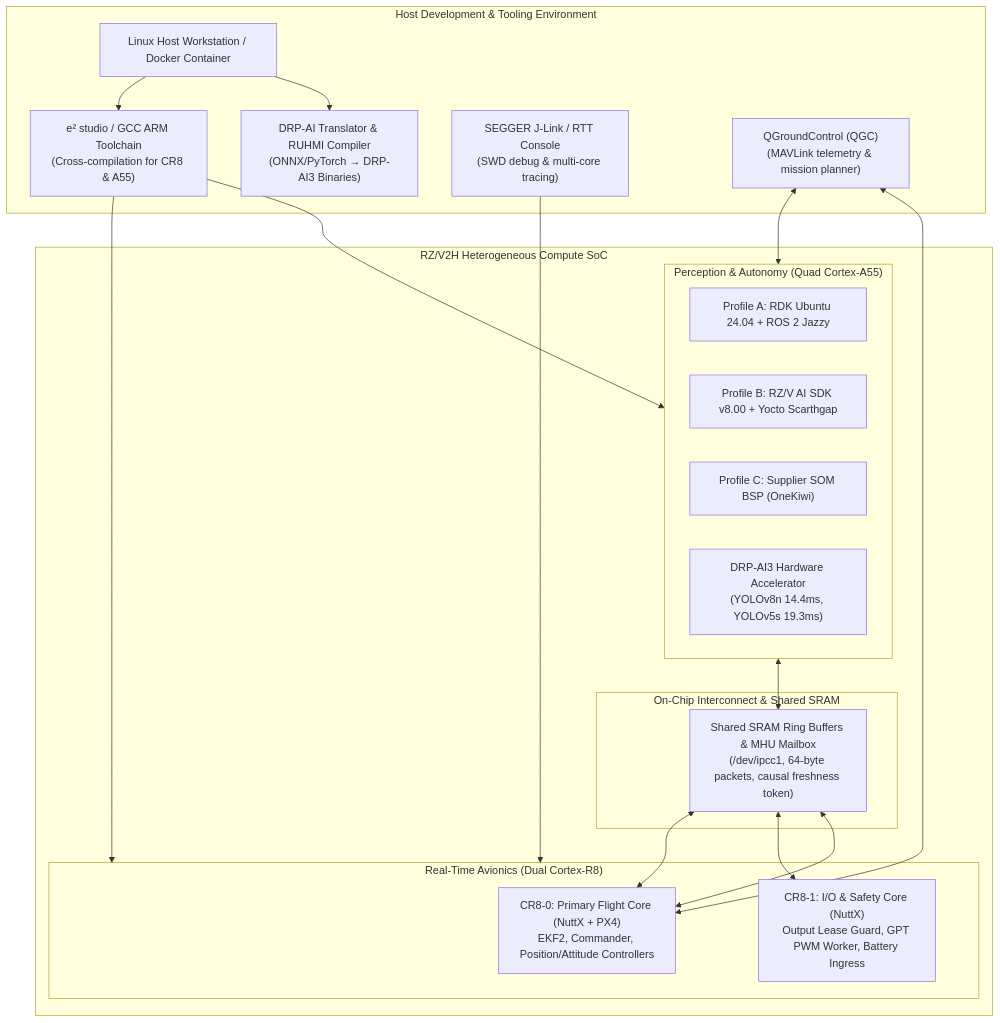
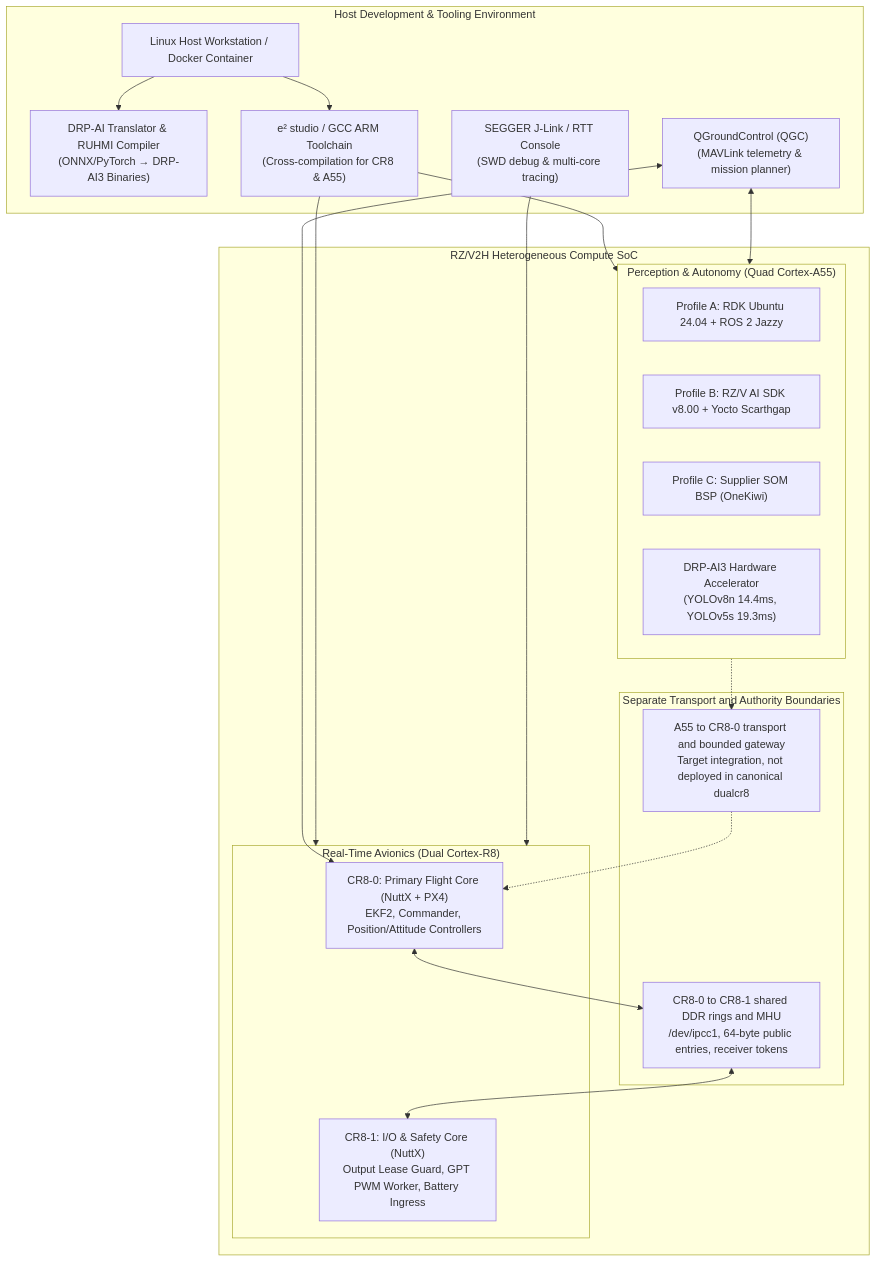
One commit to nguyentri/PX4-Autopilot changed the first of 3 diagrams in docs/renesas/marketing/rzv2h-development-ecosystem.md. Above: the diagram before and after it, drawn with Mermaid. The commit also changed other lines of this file and 14 other files, not shown here.

````diff
--- a/docs/renesas/marketing/rzv2h-development-ecosystem.md
+++ b/docs/renesas/marketing/rzv2h-development-ecosystem.md
@@ -56,41 +56,42 @@
 ```mermaid
 flowchart TD
     subgraph Host["Host Development & Tooling Environment"]
         DevPC["Linux Host Workstation / Docker Container"]
         DRPTool["DRP-AI Translator & RUHMI Compiler<br/>(ONNX/PyTorch → DRP-AI3 Binaries)"]
         IDE["e² studio / GCC ARM Toolchain<br/>(Cross-compilation for CR8 & A55)"]
         Debug["SEGGER J-Link / RTT Console<br/>(SWD debug & multi-core tracing)"]
         GCS["QGroundControl (QGC)<br/>(MAVLink telemetry & mission planner)"]
     end
 
     subgraph RZV2H["RZ/V2H Heterogeneous Compute SoC"]
         subgraph A55_Domain["Perception & Autonomy (Quad Cortex-A55)"]
             OS1["Profile A: RDK Ubuntu 24.04 + ROS 2 Jazzy"]
             OS2["Profile B: RZ/V AI SDK v8.00 + Yocto Scarthgap"]
             OS3["Profile C: Supplier SOM BSP (OneKiwi)"]
             DRPAI_HW["DRP-AI3 Hardware Accelerator<br/>(YOLOv8n 14.4ms, YOLOv5s 19.3ms)"]
         end
 
-        subgraph Interconnect["On-Chip Interconnect & Shared SRAM"]
-            IPCLink["Shared SRAM Ring Buffers & MHU Mailbox<br/>(/dev/ipcc1, 64-byte packets, causal freshness token)"]
+        subgraph Interconnect["Separate Transport and Authority Boundaries"]
+            A55Link["A55 to CR8-0 transport and bounded gateway<br/>Target integration, not deployed in canonical dualcr8"]
+            IPCLink["CR8-0 to CR8-1 shared DDR rings and MHU<br/>/dev/ipcc1, 64-byte public entries, receiver tokens"]
         end
 
         subgraph CR8_Domain["Real-Time Avionics (Dual Cortex-R8)"]
             CR8_0["CR8-0: Primary Flight Core (NuttX + PX4)<br/>EKF2, Commander, Position/Attitude Controllers"]
             CR8_1["CR8-1: I/O & Safety Core (NuttX)<br/>Output Lease Guard, GPT PWM Worker, Battery Ingress"]
         end
     end
 
     DevPC --> DRPTool
     DevPC --> IDE
     IDE --> A55_Domain
     IDE --> CR8_Domain
     Debug --> CR8_Domain
     GCS <--> A55_Domain
     GCS <--> CR8_0
 
-    A55_Domain <--> IPCLink
-    IPCLink <--> CR8_0
+    A55_Domain -.-> A55Link
+    A55Link -.-> CR8_0
     CR8_0 <--> IPCLink
     IPCLink <--> CR8_1
 ```
````
